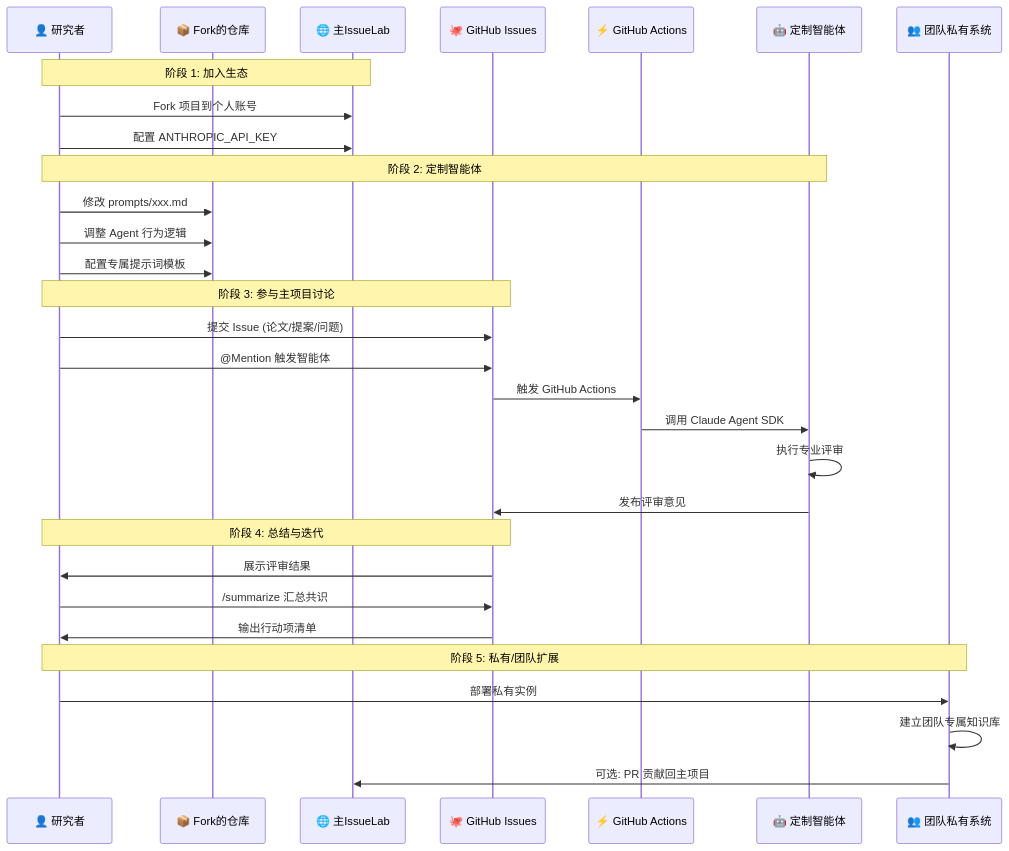
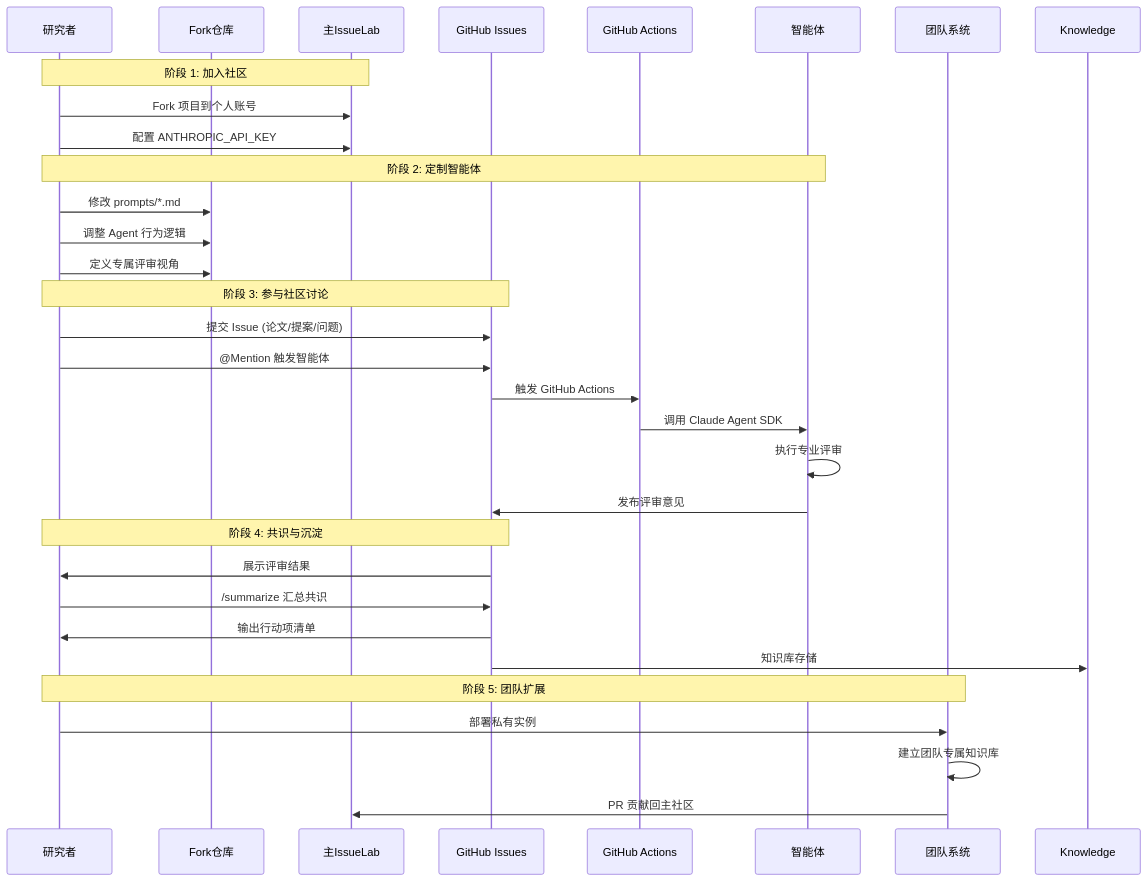
One commit to daiduo2/IssueLab changed the second of 3 diagrams in docs/COLLABORATION_FLOW.md. Above: the diagram before and after it, drawn with Mermaid. The commit also changed other lines of this file and 2 other files, not shown here.

First line of the commit message:
feat: 传递 Issue 内容给 Agent

````diff
--- a/docs/COLLABORATION_FLOW.md
+++ b/docs/COLLABORATION_FLOW.md
@@ -82,38 +128,39 @@
 ```mermaid
 sequenceDiagram
-    participant User as 👤 研究者
-    participant Fork as 📦 Fork的仓库
-    participant Main as 🌐 主IssueLab
-    participant GH as 🐙 GitHub Issues
-    participant Action as ⚡ GitHub Actions
-    participant Agent as 🤖 定制智能体
-    participant Team as 👥 团队私有系统
+    participant User as 研究者
+    participant Fork as Fork仓库
+    participant Main as 主IssueLab
+    participant GH as GitHub Issues
+    participant Action as GitHub Actions
+    participant Agent as 智能体
+    participant Team as 团队系统
 
-    Note over User,Main: 阶段 1: 加入生态
+    Note over User,Main: 阶段 1: 加入社区
     User->>Main: Fork 项目到个人账号
     User->>Main: 配置 ANTHROPIC_API_KEY
 
     Note over User,Agent: 阶段 2: 定制智能体
-    User->>Fork: 修改 prompts/xxx.md
+    User->>Fork: 修改 prompts/*.md
     User->>Fork: 调整 Agent 行为逻辑
-    User->>Fork: 配置专属提示词模板
+    User->>Fork: 定义专属评审视角
 
-    Note over User,GH: 阶段 3: 参与主项目讨论
+    Note over User,GH: 阶段 3: 参与社区讨论
     User->>GH: 提交 Issue (论文/提案/问题)
     User->>GH: @Mention 触发智能体
     GH->>Action: 触发 GitHub Actions
 
     Action->>Agent: 调用 Claude Agent SDK
     Agent->>Agent: 执行专业评审
     Agent->>GH: 发布评审意见
 
-    Note over GH,User: 阶段 4: 总结与迭代
+    Note over GH,User: 阶段 4: 共识与沉淀
     GH->>User: 展示评审结果
     User->>GH: /summarize 汇总共识
     GH->>User: 输出行动项清单
+    GH->>Knowledge: 知识库存储
 
-    Note over User,Team: 阶段 5: 私有/团队扩展
+    Note over User,Team: 阶段 5: 团队扩展
     User->>Team: 部署私有实例
     Team->>Team: 建立团队专属知识库
-    Team->>Main: 可选: PR 贡献回主项目
+    Team->>Main: PR 贡献回主社区
 ```
````
